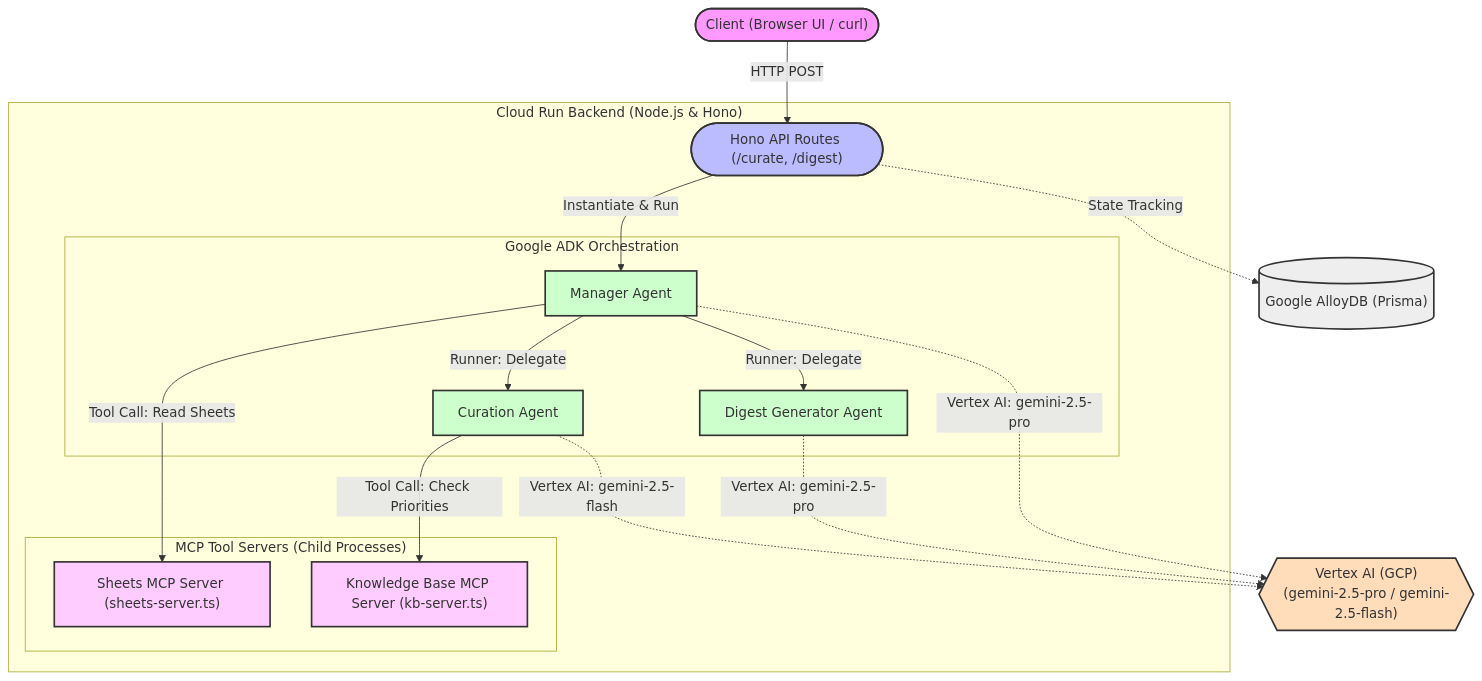
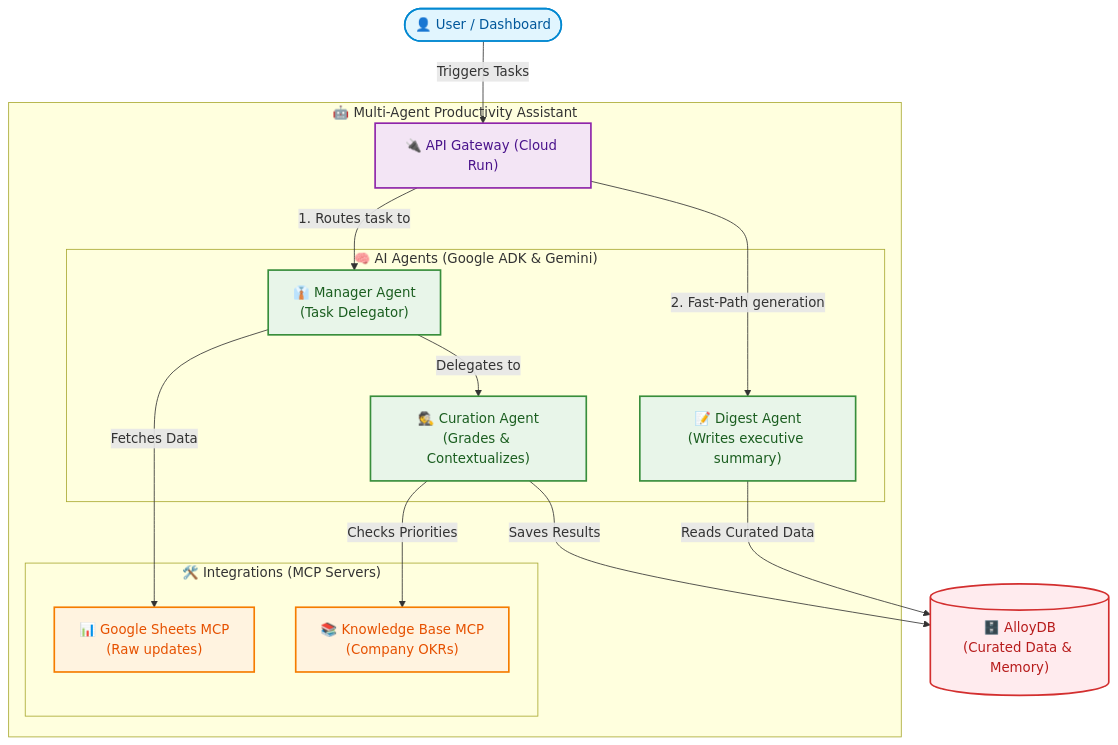
Before and after one commit to jay-parmar-public/multi-agent-productivity-assistant: the first of 3 diagrams in docs/architecture.md, drawn with Mermaid. The commit also changed other lines of this file and 2 other files, not shown here.

````diff
--- a/docs/architecture.md
+++ b/docs/architecture.md
@@ -6,44 +6,40 @@
 ```mermaid
 graph TD
-    classDef client fill:#f9f,stroke:#333,stroke-width:2px;
-    classDef api fill:#bbf,stroke:#333,stroke-width:2px;
-    classDef adk fill:#cfc,stroke:#333,stroke-width:2px;
-    classDef mcp fill:#fcf,stroke:#333,stroke-width:2px;
-    classDef external fill:#eee,stroke:#333,stroke-width:2px;
-    classDef llm fill:#fdb,stroke:#333,stroke-width:2px;
+    classDef user fill:#e1f5fe,stroke:#0288d1,stroke-width:2px,color:#01579b;
+    classDef backend fill:#f3e5f5,stroke:#8e24aa,stroke-width:2px,color:#4a148c;
+    classDef agent fill:#e8f5e9,stroke:#388e3c,stroke-width:2px,color:#1b5e20;
+    classDef mcp fill:#fff3e0,stroke:#f57c00,stroke-width:2px,color:#e65100;
+    classDef db fill:#ffebee,stroke:#d32f2f,stroke-width:2px,color:#b71c1c;
 
-    Client(["Client (Browser UI / curl)"]):::client
+    User(["👤 User / Dashboard"]):::user
 
-    subgraph "Cloud Run Backend (Node.js & Hono)"
-        API(["Hono API Routes (/curate, /digest)"]):::api
+    subgraph "🤖 Multi-Agent Productivity Assistant"
+        API["🔌 API Gateway (Cloud Run)"]:::backend
         
-        subgraph "Google ADK Orchestration"
-            Manager["Manager Agent"]:::adk
-            Curator["Curation Agent"]:::adk
-            DigestGen["Digest Generator Agent"]:::adk
+        subgraph "🧠 AI Agents (Google ADK & Gemini)"
+            Manager["👔 Manager Agent<br/>(Task Delegator)"]:::agent
+            Curator["🕵️ Curation Agent<br/>(Grades & Contextualizes)"]:::agent
+            Digest["📝 Digest Agent<br/>(Writes executive summary)"]:::agent
         end
-        
-        subgraph "MCP Tool Servers (Child Processes)"
-            SheetsMCP["Sheets MCP Server (sheets-server.ts)"]:::mcp
-            KbMCP["Knowledge Base MCP Server (kb-server.ts)"]:::mcp
+
+        subgraph "🛠️ Integrations (MCP Servers)"
+            Sheets["📊 Google Sheets MCP<br/>(Raw updates)"]:::mcp
+            KB["📚 Knowledge Base MCP<br/>(Company OKRs)"]:::mcp
         end
     end
 
-    AlloyDB[("Google AlloyDB (Prisma)")]:::external
-    GeminiLLM{{"Vertex AI (GCP)<br>(gemini-2.5-pro / gemini-2.5-flash)"}}:::llm
+    DB[("🗄️ AlloyDB<br/>(Curated Data & Memory)")]:::db
 
-    %% Flow
-    Client -->|HTTP POST| API
-    API -->|Instantiate & Run| Manager
-    Manager -->|Tool Call: Read Sheets| SheetsMCP
-    Manager -->|Runner: Delegate| Curator
-    Manager -->|Runner: Delegate| DigestGen
+    %% Main connections
+    User -->|Triggers Tasks| API
+    API -->|1. Routes task to| Manager
+    API -->|2. Fast-Path generation| Digest
     
-    Curator -->|Tool Call: Check Priorities| KbMCP
-    API -.->|State Tracking| AlloyDB
-
-    %% LLM Inferences
-    Manager -.->|Vertex AI: gemini-2.5-pro| GeminiLLM
-    Curator -.->|Vertex AI: gemini-2.5-flash| GeminiLLM
-    DigestGen -.->|Vertex AI: gemini-2.5-pro| GeminiLLM
+    Manager -->|Fetches Data| Sheets
+    Manager -->|Delegates to| Curator
+    
+    Curator -->|Checks Priorities| KB
+    Curator -->|Saves Results| DB
+    
+    Digest -->|Reads Curated Data| DB
 ```
````
